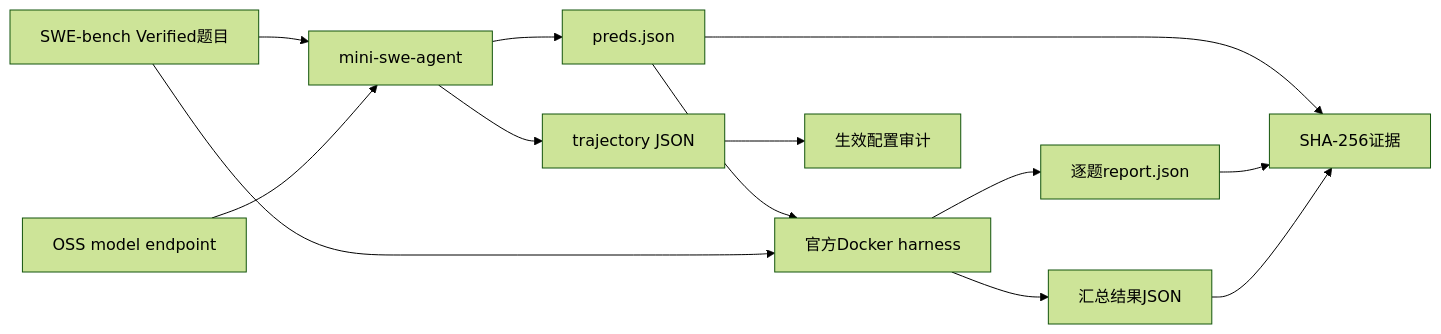
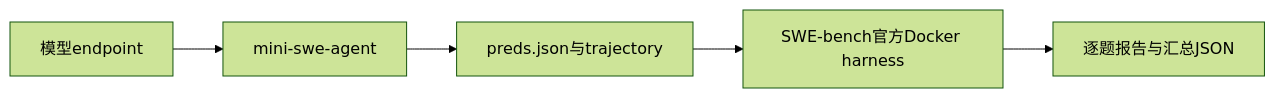
The first of 2 diagrams in Deep-Learning/OSS-Model-SWE-bench-Evaluation-Playbook/README-CN.md (david-xinyuwei/david-share), drawn with Mermaid (forest theme) before and after one commit. The commit also changed other lines of this file and 15 other files, not shown here.

Commit message:
feat: validate Azure SWE-bench deployment paths

````diff
--- a/Deep-Learning/OSS-Model-SWE-bench-Evaluation-Playbook/README-CN.md
+++ b/Deep-Learning/OSS-Model-SWE-bench-Evaluation-Playbook/README-CN.md
@@ -556,15 +23,7 @@
 ```mermaid
 flowchart LR
-    D[SWE-bench Verified题目] --> A[mini-swe-agent]
-    M[OSS model endpoint] --> A
-    A --> P[preds.json]
-    A --> T[trajectory JSON]
-    P --> H[官方Docker harness]
-    D --> H
-    H --> R[逐题report.json]
-    H --> G[汇总结果JSON]
-    T --> C[生效配置审计]
-    P --> E[SHA-256证据]
-    R --> E
-    G --> E
+  E[模型endpoint] --> A[mini-swe-agent]
+  A --> P[preds.json与trajectory]
+  P --> H[SWE-bench官方Docker harness]
+  H --> R[逐题报告与汇总JSON]
 ```
````
